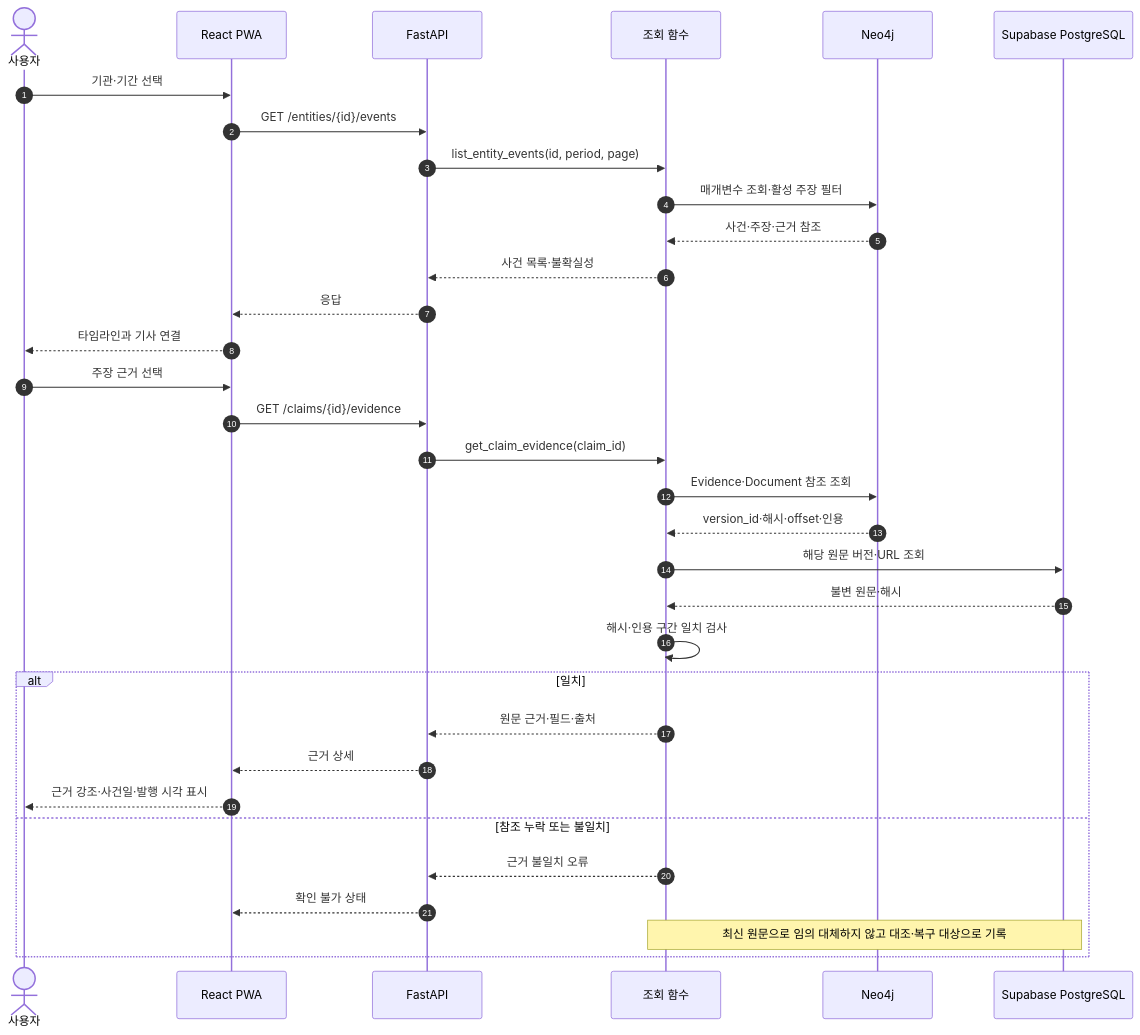
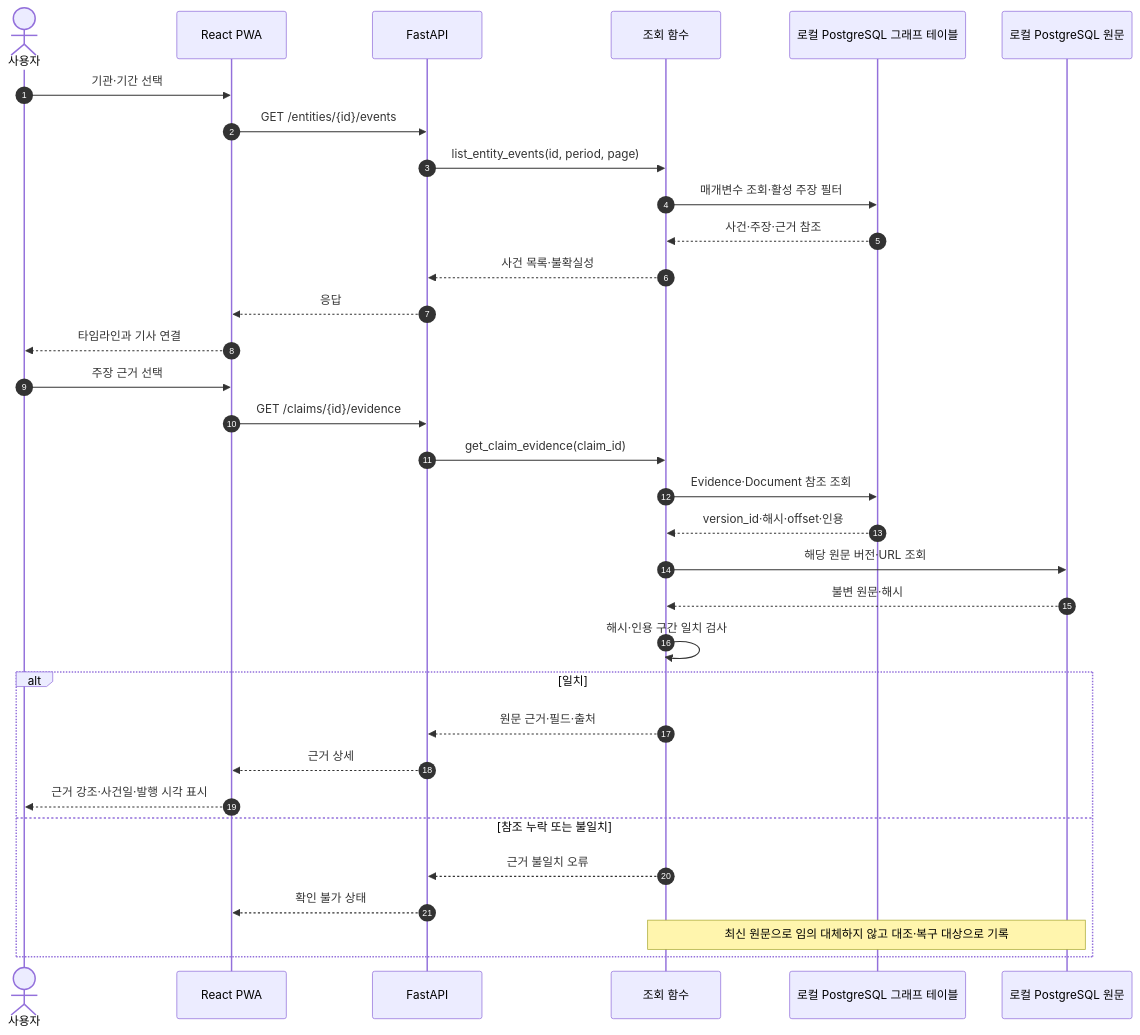
Diagram 11 of 17 in docs/sequences.md (mykim711231/NewsContext), drawn with Mermaid before and after one commit. The commit also changed other lines of this file and 11 other files, not shown here.

First line of the commit message:
docs: store KG in local PostgreSQL graph tables, drop Neo4j

````diff
--- a/docs/sequences.md
+++ b/docs/sequences.md
@@ -398,35 +395,35 @@
 ```mermaid
 sequenceDiagram
     autonumber
     actor User as 사용자
     participant UI as React PWA
     participant API as FastAPI
     participant Query as 조회 함수
-    participant KG as Neo4j
-    participant DB as Supabase PostgreSQL
+    participant KG as 로컬 PostgreSQL 그래프 테이블
+    participant DB as 로컬 PostgreSQL 원문
     User->>UI: 기관·기간 선택
     UI->>API: GET /entities/{id}/events
     API->>Query: list_entity_events(id, period, page)
     Query->>KG: 매개변수 조회·활성 주장 필터
     KG-->>Query: 사건·주장·근거 참조
     Query-->>API: 사건 목록·불확실성
     API-->>UI: 응답
     UI-->>User: 타임라인과 기사 연결
     User->>UI: 주장 근거 선택
     UI->>API: GET /claims/{id}/evidence
     API->>Query: get_claim_evidence(claim_id)
     Query->>KG: Evidence·Document 참조 조회
     KG-->>Query: version_id·해시·offset·인용
     Query->>DB: 해당 원문 버전·URL 조회
     DB-->>Query: 불변 원문·해시
     Query->>Query: 해시·인용 구간 일치 검사
     alt 일치
         Query-->>API: 원문 근거·필드·출처
         API-->>UI: 근거 상세
         UI-->>User: 근거 강조·사건일·발행 시각 표시
     else 참조 누락 또는 불일치
         Query-->>API: 근거 불일치 오류
         API-->>UI: 확인 불가 상태
         Note over Query,DB: 최신 원문으로 임의 대체하지 않고 대조·복구 대상으로 기록
     end
 ```
````
